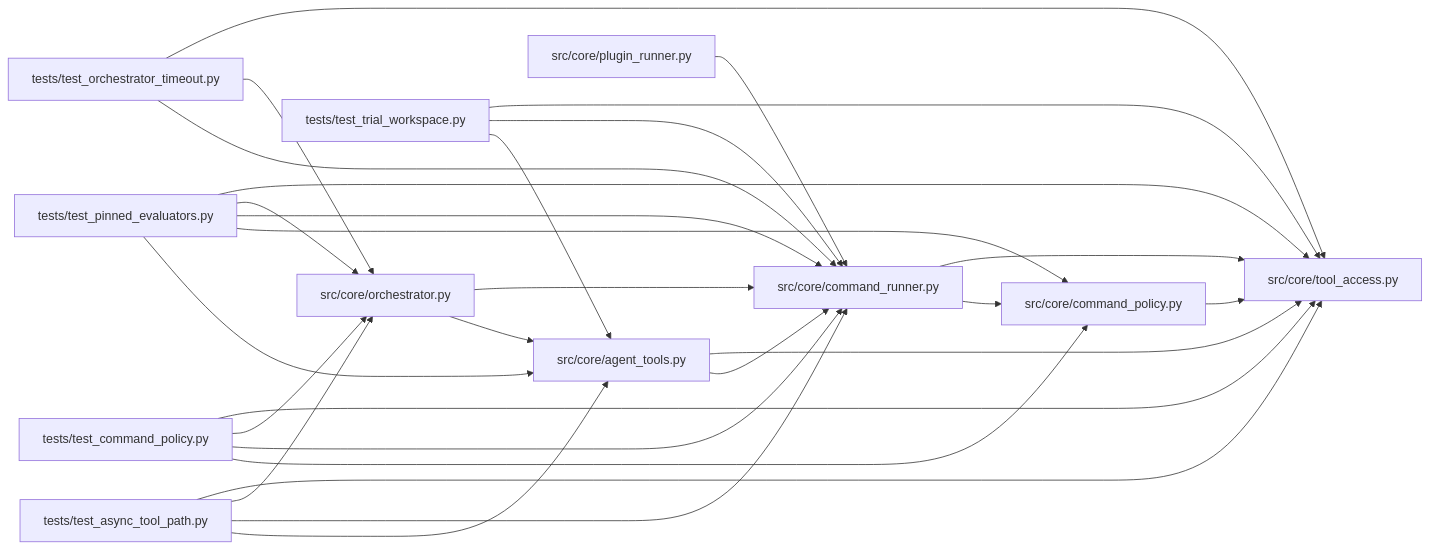
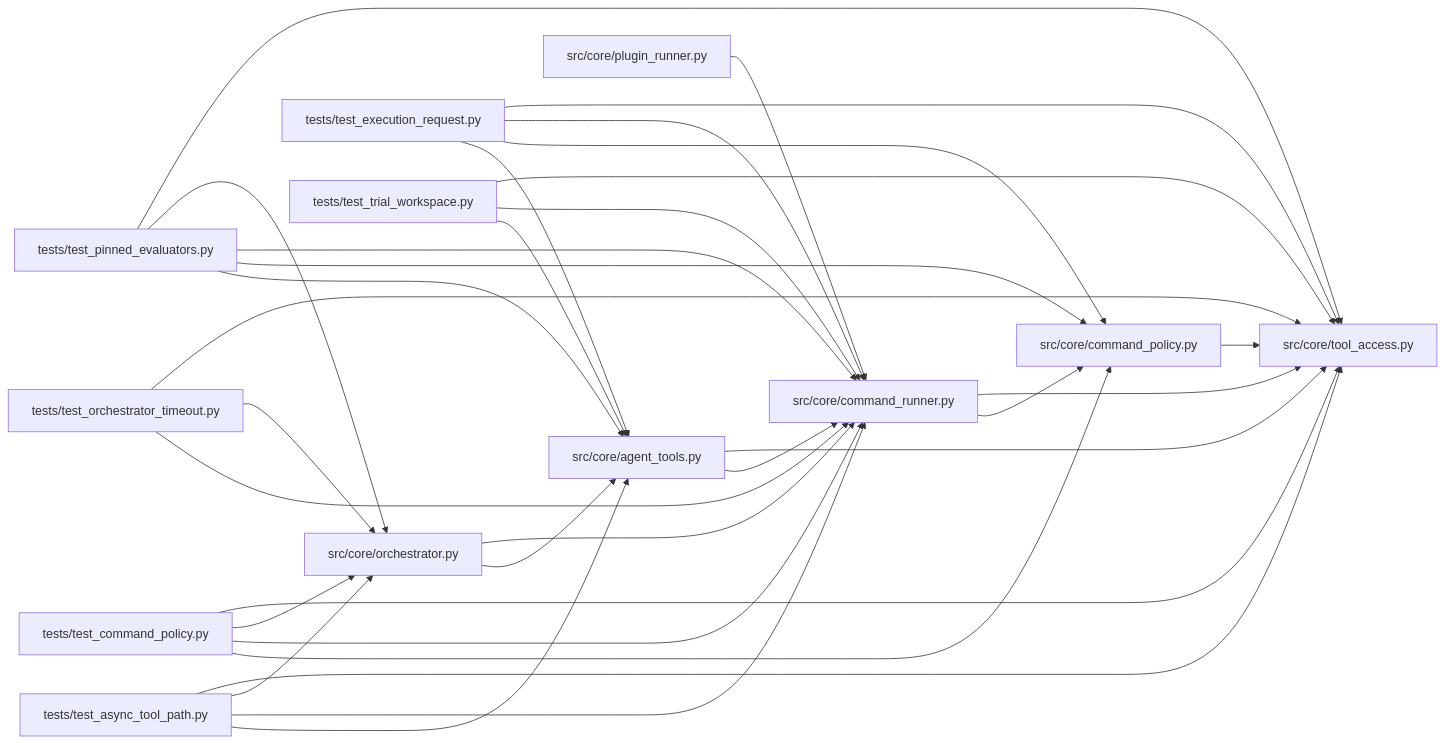
Before and after one commit to Denissvgn/autoresearch-agent: the diagram in docs/llm_wiki/modules/command_runner.md, drawn with Mermaid. The commit also changed other lines of this file and 41 other files, not shown here.

First line of the commit message:
docs(wiki): sync pages for the single execution request resolver

````diff
--- a/docs/llm_wiki/modules/command_runner.md
+++ b/docs/llm_wiki/modules/command_runner.md
@@ -36,52 +36,58 @@
 ```mermaid
 flowchart LR
     n0["src/core/agent_tools.py"]
     n1["src/core/command_policy.py"]
     n2["src/core/command_runner.py"]
     n3["src/core/orchestrator.py"]
     n4["src/core/plugin_runner.py"]
     n5["src/core/tool_access.py"]
     n6["tests/test_async_tool_path.py"]
     n7["tests/test_command_policy.py"]
-    n8["tests/test_orchestrator_timeout.py"]
-    n9["tests/test_pinned_evaluators.py"]
-    n10["tests/test_trial_workspace.py"]
+    n8["tests/test_execution_request.py"]
+    n9["tests/test_orchestrator_timeout.py"]
+    n10["tests/test_pinned_evaluators.py"]
+    n11["tests/test_trial_workspace.py"]
     n0 --> n2
     n0 --> n5
     n1 --> n5
     n2 --> n1
     n2 --> n5
     n3 --> n0
     n3 --> n2
     n4 --> n2
     n6 --> n0
     n6 --> n2
     n6 --> n3
     n6 --> n5
     n7 --> n1
     n7 --> n2
     n7 --> n3
     n7 --> n5
+    n8 --> n0
+    n8 --> n1
     n8 --> n2
-    n8 --> n3
     n8 --> n5
-    n9 --> n0
-    n9 --> n1
     n9 --> n2
     n9 --> n3
     n9 --> n5
     n10 --> n0
+    n10 --> n1
     n10 --> n2
+    n10 --> n3
     n10 --> n5
+    n11 --> n0
+    n11 --> n2
+    n11 --> n5
     click n0 "../modules/agent_tools.md"
     click n1 "../modules/command_policy.md"
     click n2 "../modules/command_runner.md"
     click n3 "../modules/orchestrator.md"
     click n4 "../modules/plugin_runner.md"
     click n5 "../modules/tool_access.md"
     click n6 "../modules/test_async_tool_path.md"
     click n7 "../modules/test_command_policy.md"
-    click n8 "../modules/test_orchestrator_timeout.md"
-    click n9 "../modules/test_pinned_evaluators.md"
-    click n10 "../modules/test_trial_workspace.md"
+    click n8 "../modules/test_execution_request.md"
+    click n9 "../modules/test_orchestrator_timeout.md"
+    click n10 "../modules/test_pinned_evaluators.md"
+    click n11 "../modules/test_trial_workspace.md"
 ```
````
